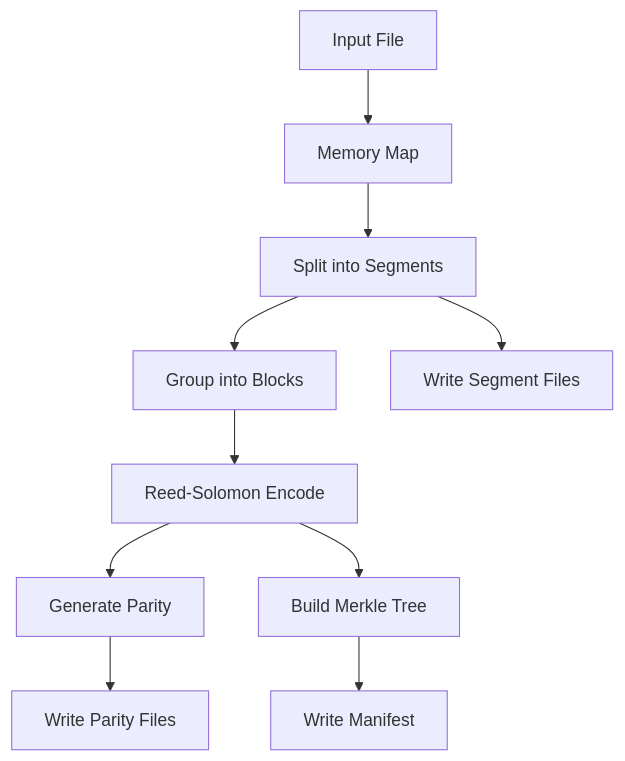
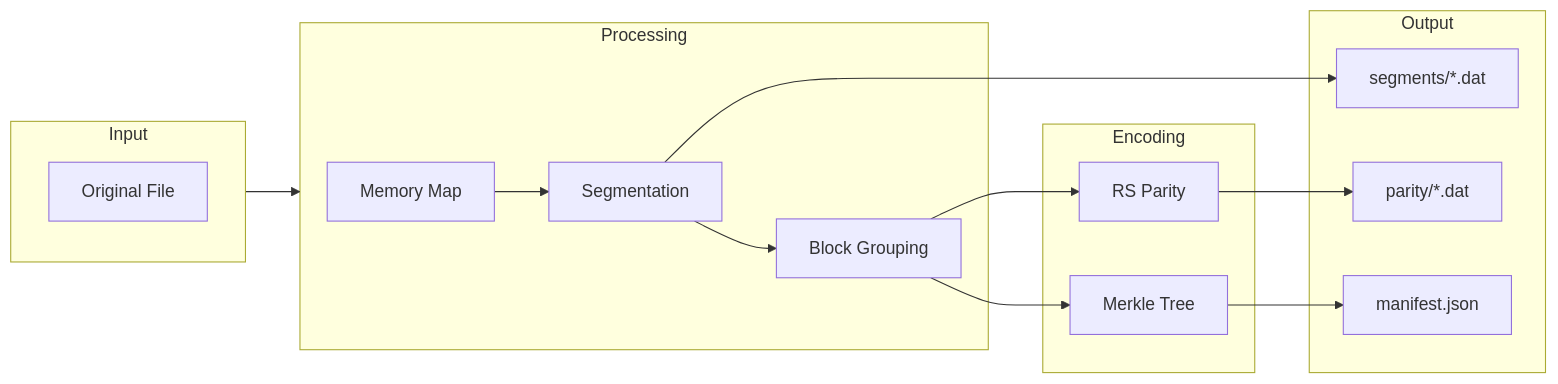
Before and after one commit to crushr3sist/blockframe-rs: the second of 5 diagrams in readme.md, drawn with Mermaid. The commit also changed other lines of this file, not shown here.

Commit message:
docs: redesign mermaid diagrams with systems design style layout

````diff
--- a/readme.md
+++ b/readme.md
@@ -92,12 +97,29 @@
 ```mermaid
-flowchart TD
-    A[Input File] --> B[Memory Map]
-    B --> C[Split into Segments]
-    C --> D[Group into Blocks]
-    D --> E[Reed-Solomon Encode]
-    E --> F[Generate Parity]
-    E --> G[Build Merkle Tree]
-    F --> H[Write Parity Files]
-    C --> I[Write Segment Files]
-    G --> J[Write Manifest]
+flowchart LR
+    subgraph Input
+        A["Original File"]
+    end
+
+    subgraph Process["Processing"]
+        B["Memory Map"] --> C["Segmentation"]
+        C --> D["Block Grouping"]
+    end
+
+    subgraph Encode["Encoding"]
+        E["RS Parity"]
+        F["Merkle Tree"]
+    end
+
+    subgraph Output
+        G["segments/*.dat"]
+        H["parity/*.dat"]
+        I["manifest.json"]
+    end
+
+    Input --> Process
+    D --> E
+    D --> F
+    E --> H
+    C --> G
+    F --> I
 ```
````
